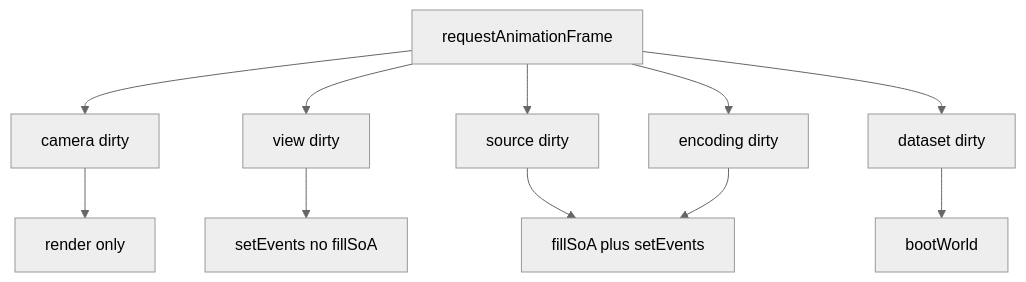
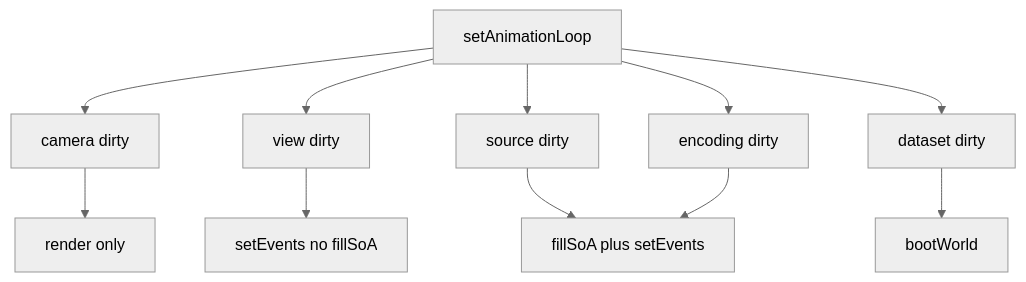
Diagram 15 of 18 in architecture.md (PiMaV/DONNER), drawn with Mermaid (neutral theme) before and after one commit. The commit also changed other lines of this file and 25 other files, not shown here.

````diff
--- a/architecture.md
+++ b/architecture.md
@@ -461,19 +478,19 @@
 ```mermaid
 flowchart TB
-  raf[requestAnimationFrame]
+  raf[setAnimationLoop]
   cam[camera dirty]
   view[view dirty]
   src[source dirty]
   enc[encoding dirty]
   data[dataset dirty]
   raf --> cam
   raf --> view
   raf --> src
   raf --> enc
   raf --> data
   cam --> renderOnly[render only]
   view --> setEv[setEvents no fillSoA]
   src --> fill[fillSoA plus setEvents]
   enc --> fill
   data --> boot[bootWorld]
 ```
````
